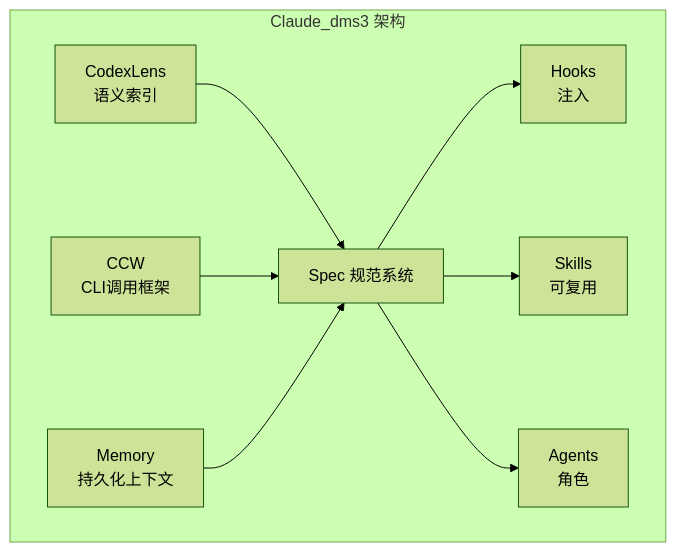
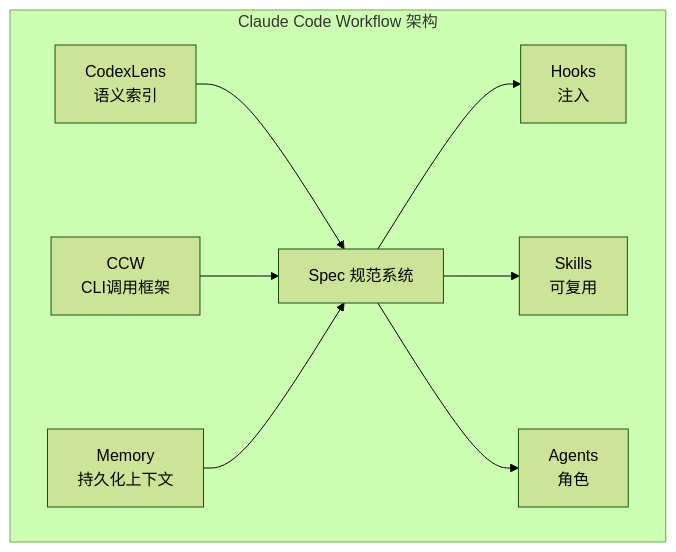
One commit to 74587/Claude-Code-Workflow changed the diagram in docs/zh/guide/ch01-what-is-claude-dms3.md. Above: the diagram before and after it, drawn with Mermaid (forest theme). The commit also changed other lines of this file and 58 other files, not shown here.

````diff
--- a/docs/zh/guide/ch01-what-is-claude-dms3.md
+++ b/docs/zh/guide/ch01-what-is-claude-dms3.md
@@ -53,19 +53,19 @@
 ```mermaid
 graph TB
-    subgraph Claude_dms3_Architecture[Claude_dms3 架构]
+    subgraph Claude Code Workflow_Architecture[Claude Code Workflow 架构]
         A[CodexLens<br/>语义索引]
         B[CCW<br/>CLI调用框架]
         C[Memory<br/>持久化上下文]
         D[Spec 规范系统]
         E[Hooks<br/>注入]
         F[Skills<br/>可复用]
         G[Agents<br/>角色]
 
         A --> D
         B --> D
         C --> D
         D --> E
         D --> F
         D --> G
     end
 ```
````
